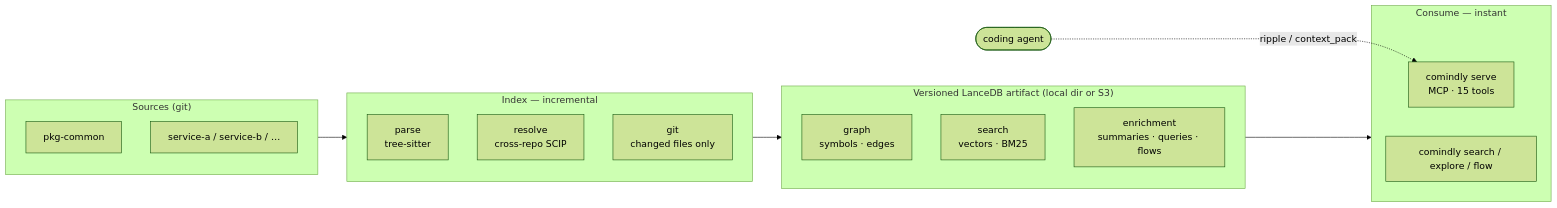
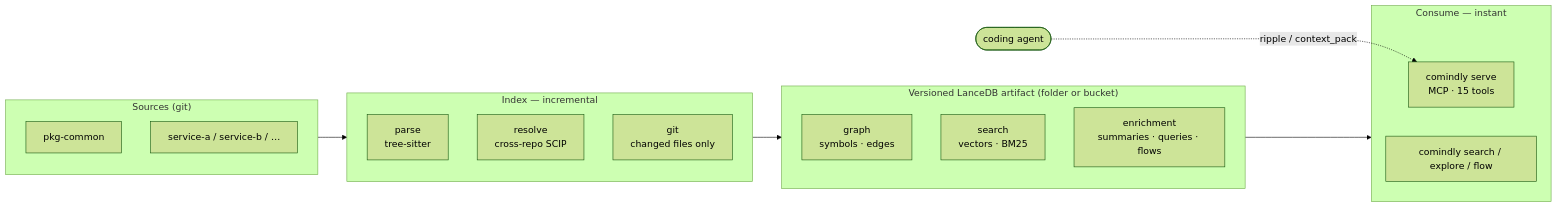
The diagram in README.md (sayef/comind), drawn with Mermaid (forest theme) before and after one commit. The commit also changed other lines of this file and 59 other files, not shown here.

````diff
--- a/README.md
+++ b/README.md
@@ -207,23 +208,23 @@
 ```mermaid
 flowchart LR
     subgraph SRC["Sources (git)"]
         R1["pkg-common"]
         R2["service-a / service-b / …"]
     end
     subgraph IDX["Index — incremental"]
         P["parse<br/>tree-sitter"]
         RS["resolve<br/>cross-repo SCIP"]
         G["git<br/>changed files only"]
     end
-    subgraph ART["Versioned LanceDB artifact (local dir or S3)"]
+    subgraph ART["Versioned LanceDB artifact (folder or bucket)"]
         GR["graph<br/>symbols · edges"]
         SE["search<br/>vectors · BM25"]
         EN["enrichment<br/>summaries · queries · flows"]
     end
     subgraph USE["Consume — instant"]
         MCP["comindly serve<br/>MCP · 15 tools"]
         CLI["comindly search / explore / flow"]
     end
     SRC --> IDX --> ART --> USE
     AGENT(["coding agent"]) -. ripple / context_pack .-> MCP
 ```
````
